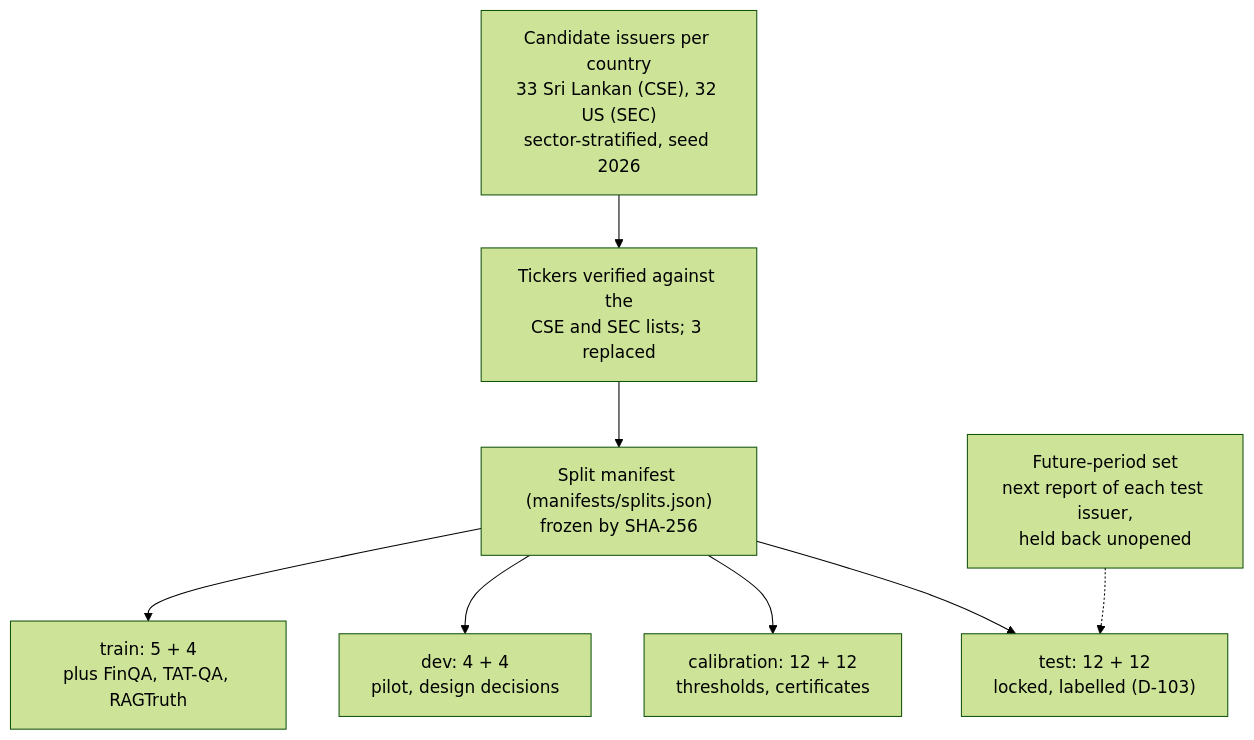
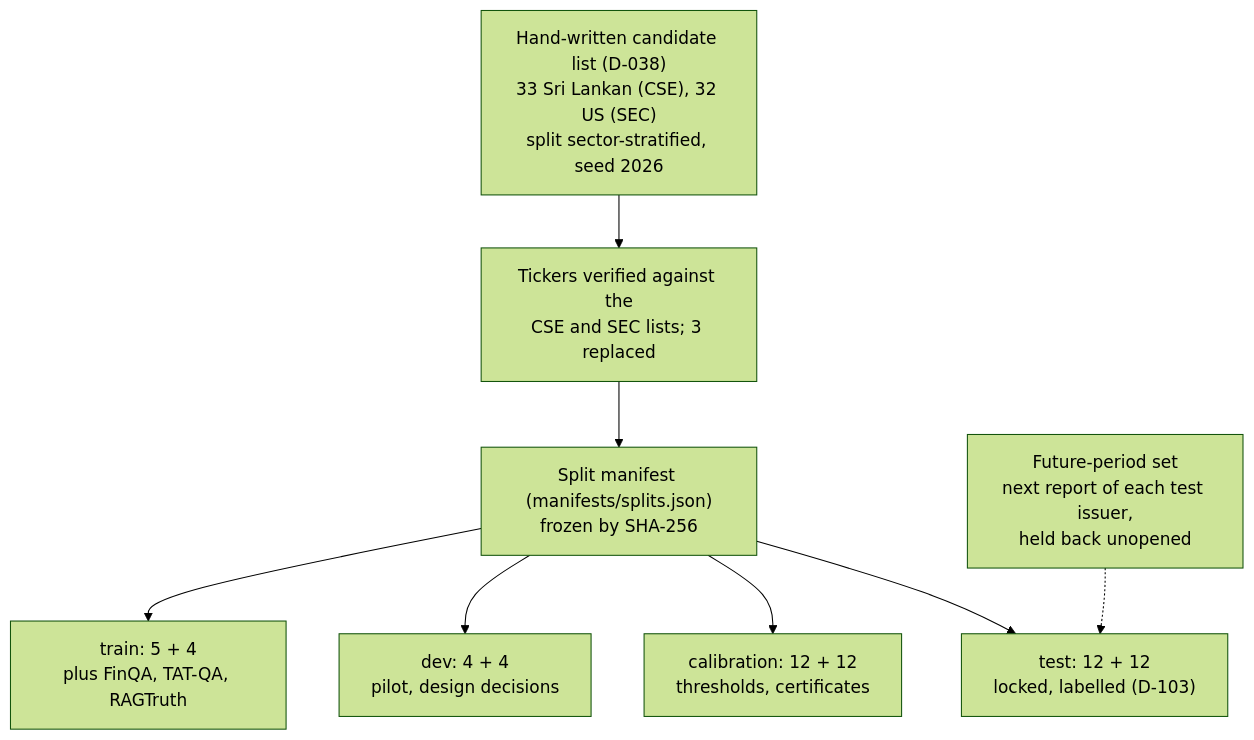
The seventh of 32 diagrams in docs/architecture.md (SharafThawfeek/FaithGurd-new), drawn with Mermaid (forest theme) before and after one commit. The commit also changed other lines of this file and 38 other files, not shown here.

````diff
--- a/docs/architecture.md
+++ b/docs/architecture.md
@@ -323,10 +323,10 @@
 ```mermaid
 flowchart TD
-    C["Candidate issuers per country<br/>33 Sri Lankan (CSE), 32 US (SEC)<br/>sector-stratified, seed 2026"] --> V["Tickers verified against the<br/>CSE and SEC lists; 3 replaced"]
+    C["Hand-written candidate list (D-038)<br/>33 Sri Lankan (CSE), 32 US (SEC)<br/>split sector-stratified, seed 2026"] --> V["Tickers verified against the<br/>CSE and SEC lists; 3 replaced"]
     V --> S["Split manifest (manifests/splits.json)<br/>frozen by SHA-256"]
     S --> T["test: 12 + 12<br/>locked, labelled (D-103)"]
     S --> K["calibration: 12 + 12<br/>thresholds, certificates"]
     S --> D["dev: 4 + 4<br/>pilot, design decisions"]
     S --> R["train: 5 + 4<br/>plus FinQA, TAT-QA, RAGTruth"]
     F["Future-period set<br/>next report of each test issuer,<br/>held back unopened"] -.-> T
 ```
````
